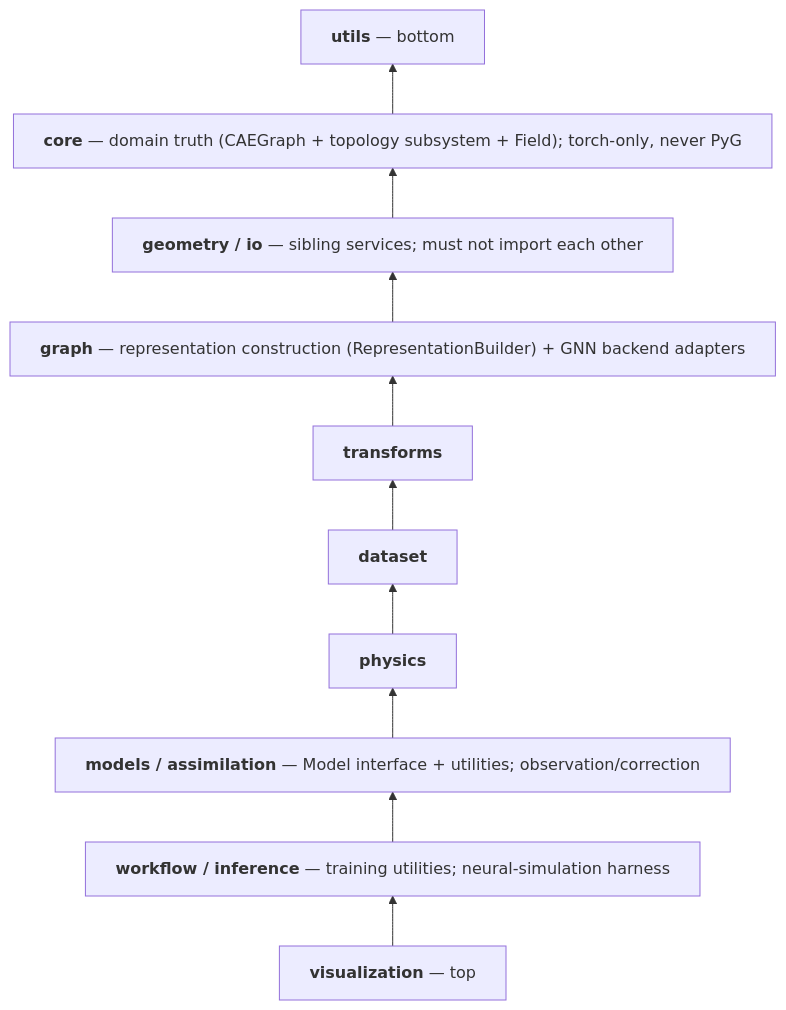
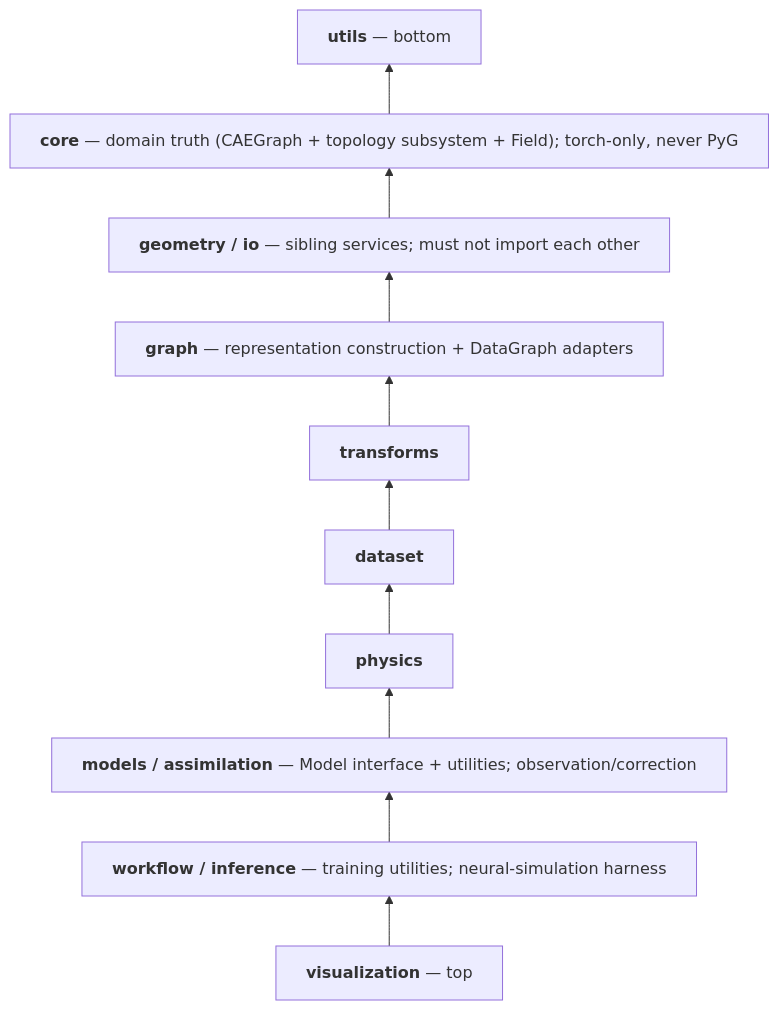
Before and after one commit to XYChouMian/caegraph: the third of 4 diagrams in architecture/ARCHITECTURE.md, drawn with Mermaid. The commit also changed other lines of this file and 17 other files, not shown here.

````diff
--- a/architecture/ARCHITECTURE.md
+++ b/architecture/ARCHITECTURE.md
@@ -126,19 +128,19 @@
 ```mermaid
 flowchart BT
     classDef nowrap white-space:nowrap
 
     A["<b>utils</b> — bottom"]
     B["<b>core</b> — domain truth (CAEGraph + topology subsystem + Field); torch-only, never PyG"]
     C["<b>geometry / io</b> — sibling services; must not import each other"]
-    D["<b>graph</b> — representation construction (RepresentationBuilder) + GNN backend adapters"]
+    D["<b>graph</b> — representation construction + DataGraph adapters"]
     E["<b>transforms</b>"]
     F["<b>dataset</b>"]
     G["<b>physics</b>"]
     H["<b>models / assimilation</b> — Model interface + utilities; observation/correction"]
     I["<b>workflow / inference</b> — training utilities; neural-simulation harness"]
     J["<b>visualization</b> — top"]
 
     J --> I --> H --> G --> F --> E --> D --> C --> B --> A
 
     class A,B,C,D,E,F,G,H,I,J nowrap
 ```
````
